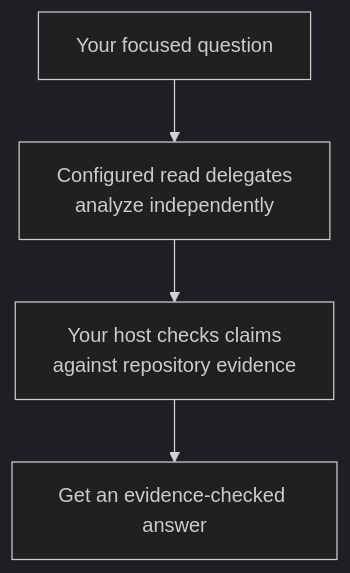
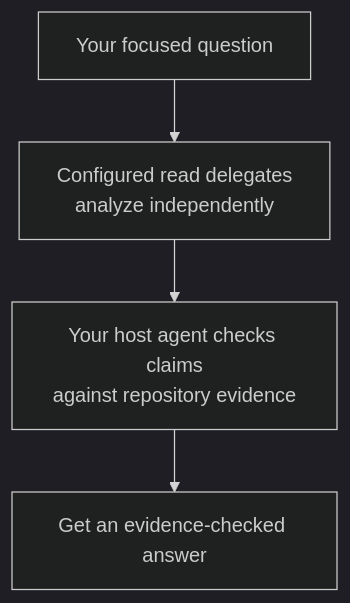
One commit to Gyunikuchan/dispatch-skills changed the diagram in skills/dispatch/references/readme/ask.md. Above: the diagram before and after it, drawn with Mermaid (dark theme). The commit also changed other lines of this file and 15 other files, not shown here.

````diff
--- a/skills/dispatch/references/readme/ask.md
+++ b/skills/dispatch/references/readme/ask.md
@@ -11,6 +11,6 @@
 ```mermaid
 flowchart TD
     Question["Your focused question"] --> Delegates["Configured read delegates<br/>analyze independently"]
-    Delegates --> Check["Your host checks claims<br/>against repository evidence"]
+    Delegates --> Check["Your host agent checks claims<br/>against repository evidence"]
     Check --> Answer["Get an evidence-checked answer"]
 ```
````
